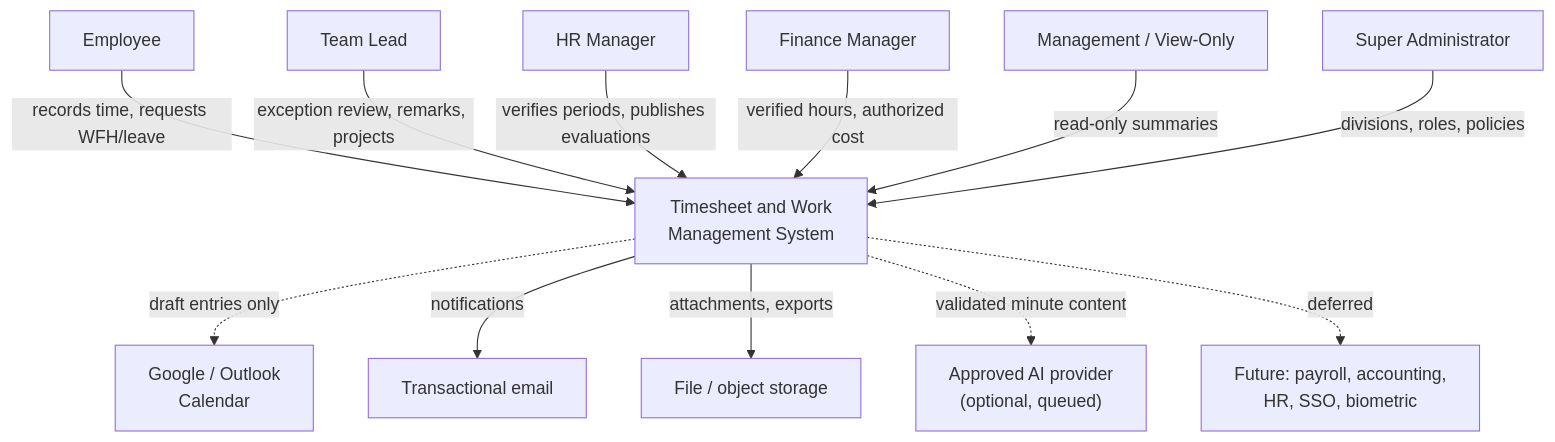
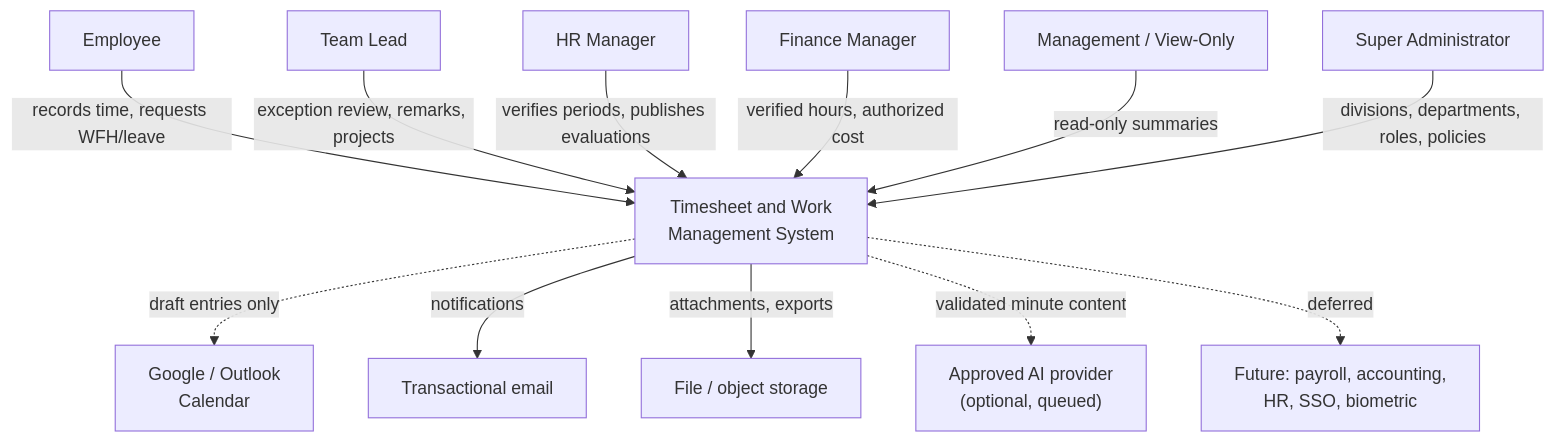
Before and after one commit to ongkon1/Office_Management_system: the first of 5 diagrams in docs/architecture.md, drawn with Mermaid. The commit also changed other lines of this file and 85 other files, not shown here.

````diff
--- a/docs/architecture.md
+++ b/docs/architecture.md
@@ -51,30 +54,30 @@
 ```mermaid
 graph TB
     EMP["Employee"]
     TL["Team Lead"]
     HR["HR Manager"]
     FIN["Finance Manager"]
     MGT["Management / View-Only"]
     ADM["Super Administrator"]
 
     SYS["Timesheet and Work<br/>Management System"]
 
     CAL["Google / Outlook<br/>Calendar"]
     MAIL["Transactional email"]
     STORE["File / object storage"]
     EXT["Future: payroll, accounting,<br/>HR, SSO, biometric"]
     AI["Approved AI provider<br/>(optional, queued)"]
 
     EMP -->|"records time, requests WFH/leave"| SYS
     TL -->|"exception review, remarks, projects"| SYS
     HR -->|"verifies periods, publishes evaluations"| SYS
     FIN -->|"verified hours, authorized cost"| SYS
     MGT -->|"read-only summaries"| SYS
-    ADM -->|"divisions, roles, policies"| SYS
+    ADM -->|"divisions, departments, roles, policies"| SYS
 
     SYS -.->|"draft entries only"| CAL
     SYS -->|"notifications"| MAIL
     SYS -->|"attachments, exports"| STORE
     SYS -.->|"validated minute content"| AI
     SYS -.->|"deferred"| EXT
 ```
````
